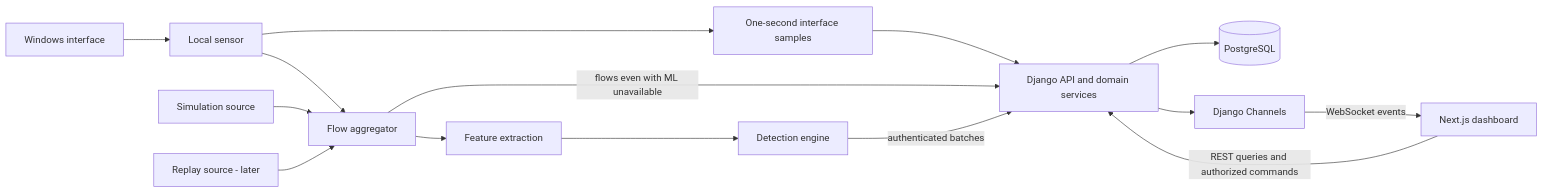
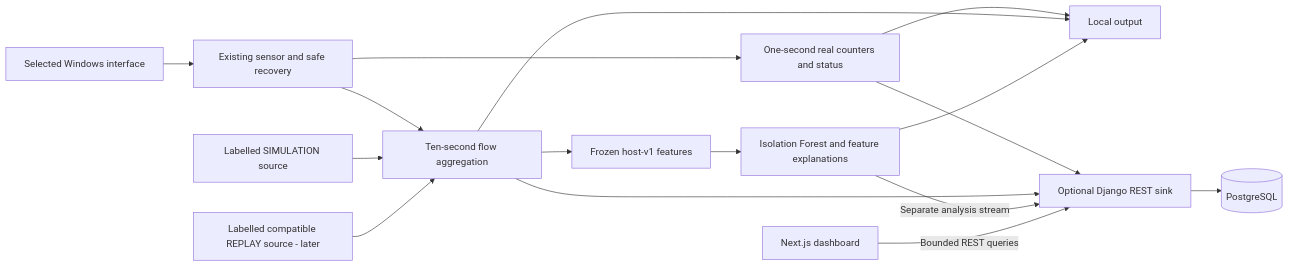
Before and after one commit to hariharan4814/NetSentinel-upgraded: the diagram in docs/ARCHITECTURE.md, drawn with Mermaid. The commit also changed other lines of this file and 33 other files, not shown here.

````diff
--- a/docs/ARCHITECTURE.md
+++ b/docs/ARCHITECTURE.md
@@ -7,17 +14,18 @@
 ```mermaid
 flowchart LR
-  W[Windows interface] --> S[Local sensor]
-  S --> A[Flow aggregator]
-  S --> M[One-second interface samples]
-  M --> B
-  SIM[Simulation source] --> A
-  REP[Replay source - later] --> A
-  A --> F[Feature extraction]
-  F --> D[Detection engine]
-  A -->|flows even with ML unavailable| B
-  D -->|authenticated batches| B[Django API and domain services]
+  W[Selected Windows interface] --> S[Existing sensor and safe recovery]
+  S --> C[One-second real counters and status]
+  S --> A[Ten-second flow aggregation]
+  SIM[Labelled SIMULATION source] --> A
+  REP[Labelled compatible REPLAY source - later] --> A
+  A --> F[Frozen host-v1 features]
+  F --> D[Isolation Forest and feature explanations]
+  C --> L[Local output]
+  A --> L
+  D --> L
+  C --> B[Optional Django REST sink]
+  A --> B
+  D -->|Separate analysis stream| B
   B --> P[(PostgreSQL)]
-  B --> C[Django Channels]
-  C -->|WebSocket events| UI[Next.js dashboard]
-  UI -->|REST queries and authorized commands| B
+  UI[Next.js dashboard] -->|Bounded REST queries| B
 ```
````
